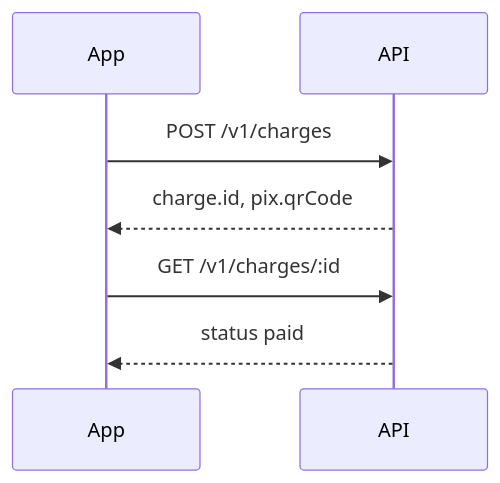
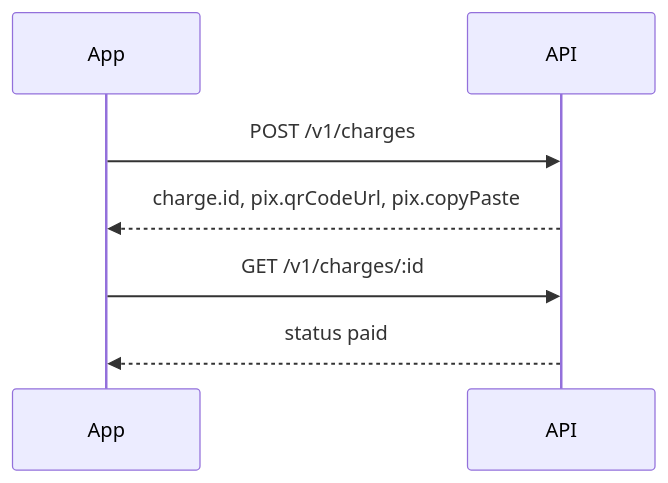
One commit to upaghq/documentation changed the diagram in pages/guides/quickstart.mdx. Above: the diagram before and after it, drawn with Mermaid. The commit also changed other lines of this file and 20 other files, not shown here.

````diff
--- a/pages/guides/quickstart.mdx
+++ b/pages/guides/quickstart.mdx
@@ -17,9 +17,9 @@
 ```mermaid
 sequenceDiagram
   participant App
   participant API
   App->>API: POST /v1/charges
-  API-->>App: charge.id, pix.qrCode
+  API-->>App: charge.id, pix.qrCodeUrl, pix.copyPaste
   App->>API: GET /v1/charges/:id
   API-->>App: status paid
 ```
````
